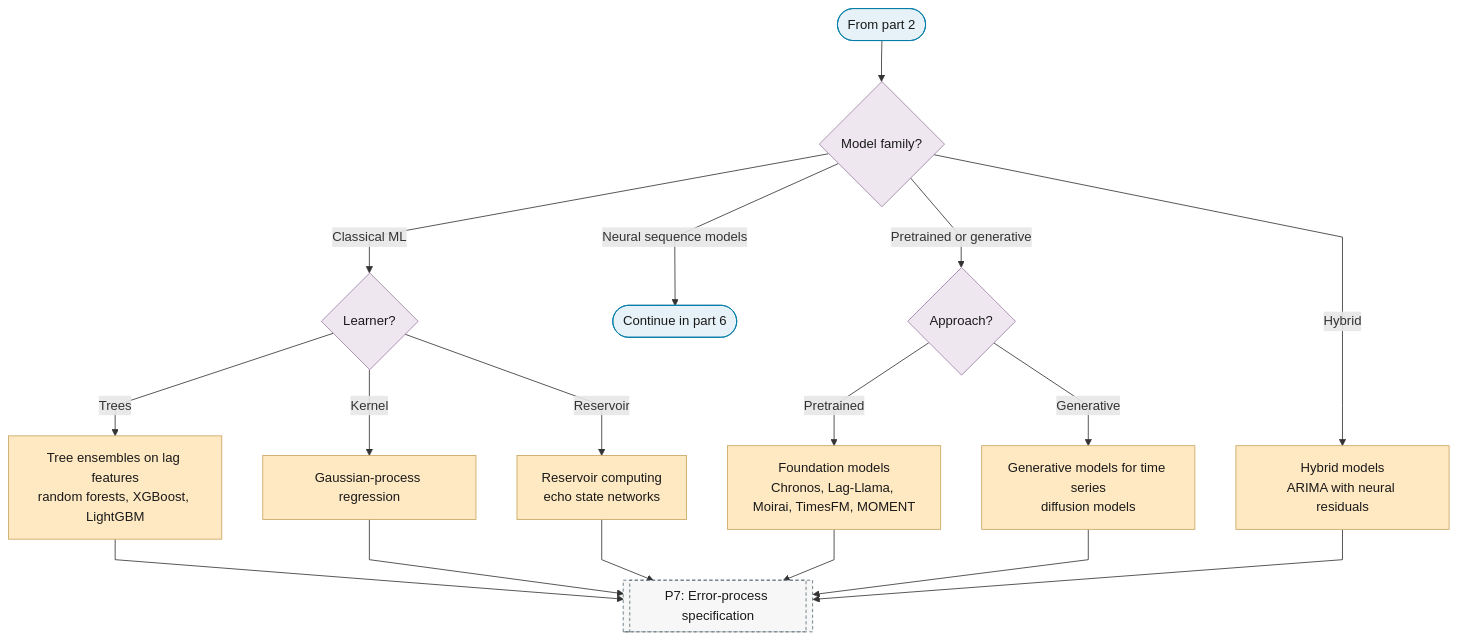
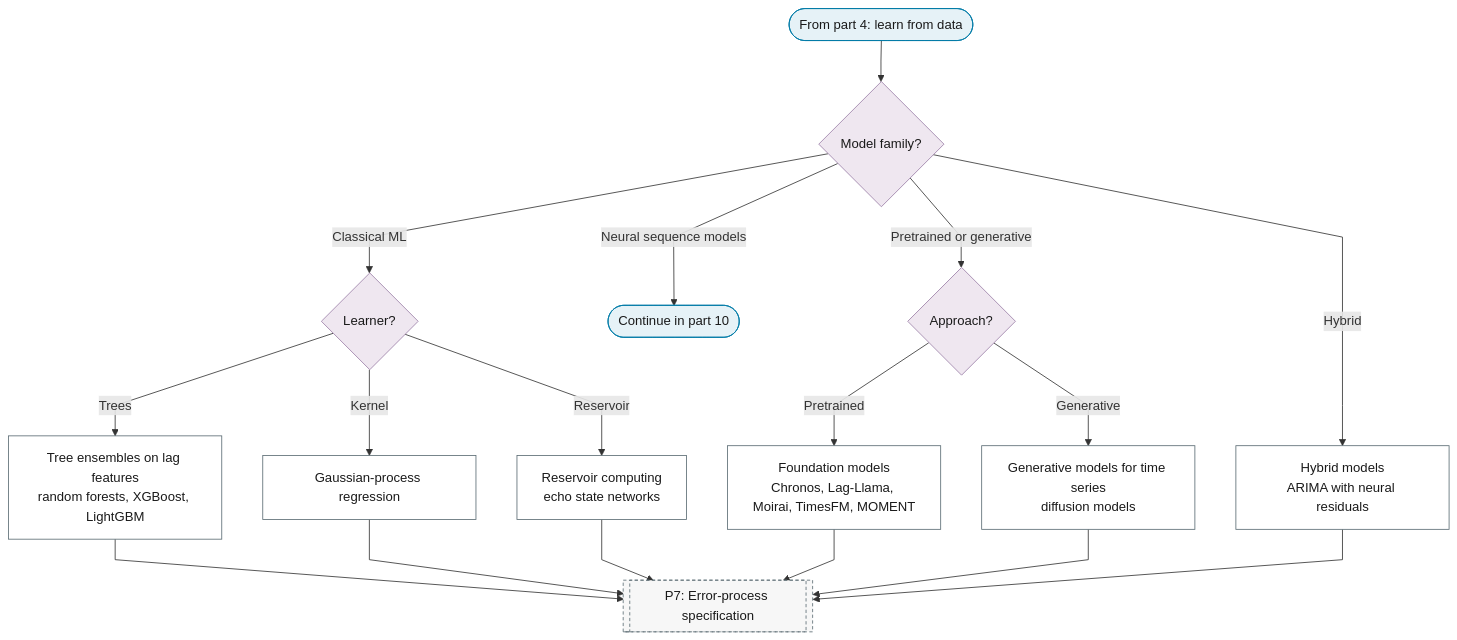
One commit to Shuxin-Y/time-series-analysis-manual changed the ninth of 10 diagrams in docs/01-workflow/p06-mean-model-class.md. Above: the diagram before and after it, drawn with Mermaid. The commit also changed other lines of this file, not shown here.

First line of the commit message:
fix(flowchart): P6 routes on one flag at a time and offers BVAR to multivariate readers

````diff
--- a/docs/01-workflow/p06-mean-model-class.md
+++ b/docs/01-workflow/p06-mean-model-class.md
@@ -153,28 +237,28 @@
 ```mermaid
 %%{init: {"flowchart": {"curve": "linear"}}}%%
 graph TD
-    P6_PART_5_IN(["From part 2"]) --> P6_ML_FAMILY{"Model family?"}
+    P6_PART_9_IN(["From part 4: learn from data"]) --> P6_ML_FAMILY{"Model family?"}
     P6_ML_FAMILY -->|"Classical ML"| P6_ML_CLASSICAL{"Learner?"}
-    P6_ML_FAMILY -->|"Neural sequence models"| P6_TO_PART_6(["Continue in part 6"])
+    P6_ML_FAMILY -->|"Neural sequence models"| P6_TO_PART_10(["Continue in part 10"])
     P6_ML_FAMILY -->|"Pretrained or generative"| P6_ML_PRETRAINED{"Approach?"}
     P6_ML_FAMILY -->|"Hybrid"| P6_HYBRID["Hybrid models<br/>ARIMA with neural residuals"]
     P6_ML_CLASSICAL -->|"Trees"| P6_TREE_ENSEMBLES["Tree ensembles on lag features<br/>random forests, XGBoost, LightGBM"]
     P6_ML_CLASSICAL -->|"Kernel"| P6_GAUSSIAN_PROCESS["Gaussian-process regression"]
     P6_ML_CLASSICAL -->|"Reservoir"| P6_RESERVOIR["Reservoir computing<br/>echo state networks"]
     P6_ML_PRETRAINED -->|"Pretrained"| P6_FOUNDATION_MODELS["Foundation models<br/>Chronos, Lag-Llama, Moirai, TimesFM, MOMENT"]
     P6_ML_PRETRAINED -->|"Generative"| P6_GENERATIVE["Generative models for time series<br/>diffusion models"]
     P6_TREE_ENSEMBLES & P6_GAUSSIAN_PROCESS & P6_RESERVOIR --> P7
     P6_FOUNDATION_MODELS & P6_GENERATIVE & P6_HYBRID --> P7[["P7: Error-process specification"]]
-    class P6_PART_5_IN,P6_TO_PART_6 terminator
+    class P6_PART_9_IN,P6_TO_PART_10 terminator
     class P6_ML_FAMILY,P6_ML_CLASSICAL,P6_ML_PRETRAINED decision
-    class P6_TREE_ENSEMBLES,P6_GAUSSIAN_PROCESS,P6_RESERVOIR,P6_FOUNDATION_MODELS,P6_GENERATIVE,P6_HYBRID escalate
+    class P6_HYBRID,P6_TREE_ENSEMBLES,P6_GAUSSIAN_PROCESS,P6_RESERVOIR,P6_FOUNDATION_MODELS,P6_GENERATIVE process
     class P7 ref
     classDef terminator fill:#E6F2F7,stroke:#007BA7,color:#1A1A1A;
     classDef process fill:#FFFFFF,stroke:#5A6B73,color:#1A1A1A;
     classDef decision fill:#EFE7F0,stroke:#9B7FA7,color:#1A1A1A;
     classDef data fill:#FFF4E0,stroke:#C9A55E,color:#1A1A1A;
     classDef good fill:#DCEFD8,stroke:#4A7A3F,color:#1A1A1A;
     classDef escalate fill:#FFE9C2,stroke:#C9A55E,color:#1A1A1A;
     classDef problem fill:#F2D9DE,stroke:#800020,color:#1A1A1A;
     classDef ref fill:#F7F7F7,stroke:#5A6B73,color:#1A1A1A,stroke-dasharray:4 3;
 ```
````
